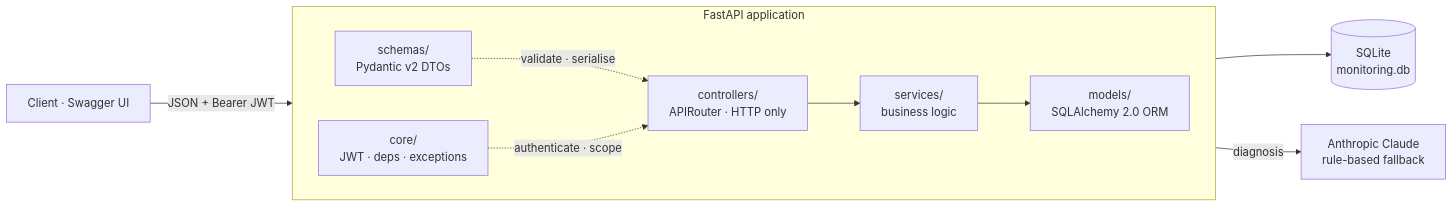
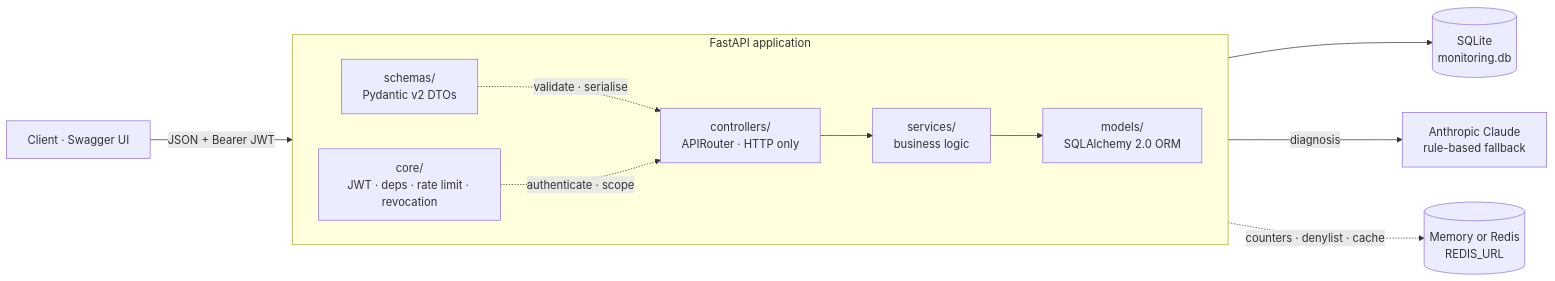
One commit to thaivanlam/Assignment-Cloud-Instance-Monitoring-System-REST-API-Design-Implementation-backend changed the first of 2 diagrams in README.md. Above: the diagram before and after it, drawn with Mermaid. The commit also changed other lines of this file and 36 other files, not shown here.

First line of the commit message:
feat: add logout and rate-limit failed logins

````diff
--- a/README.md
+++ b/README.md
@@ -109,20 +109,21 @@
 ```mermaid
 flowchart LR
     U["Client · Swagger UI"] -->|"JSON + Bearer JWT"| CTRL
 
     subgraph APP["FastAPI application"]
         direction LR
         CTRL["controllers/<br/>APIRouter · HTTP only"]
         SVC["services/<br/>business logic"]
         MOD["models/<br/>SQLAlchemy 2.0 ORM"]
         SCH["schemas/<br/>Pydantic v2 DTOs"]
-        CORE["core/<br/>JWT · deps · exceptions"]
+        CORE["core/<br/>JWT · deps · rate limit · revocation"]
 
         CTRL --> SVC --> MOD
         SCH -.->|"validate · serialise"| CTRL
         CORE -.->|"authenticate · scope"| CTRL
     end
 
     MOD --> DB[("SQLite<br/>monitoring.db")]
     SVC -->|"diagnosis"| LLM["Anthropic Claude<br/>rule-based fallback"]
+    CORE -.->|"counters · denylist · cache"| KV[("Memory or Redis<br/>REDIS_URL")]
 ```
````
